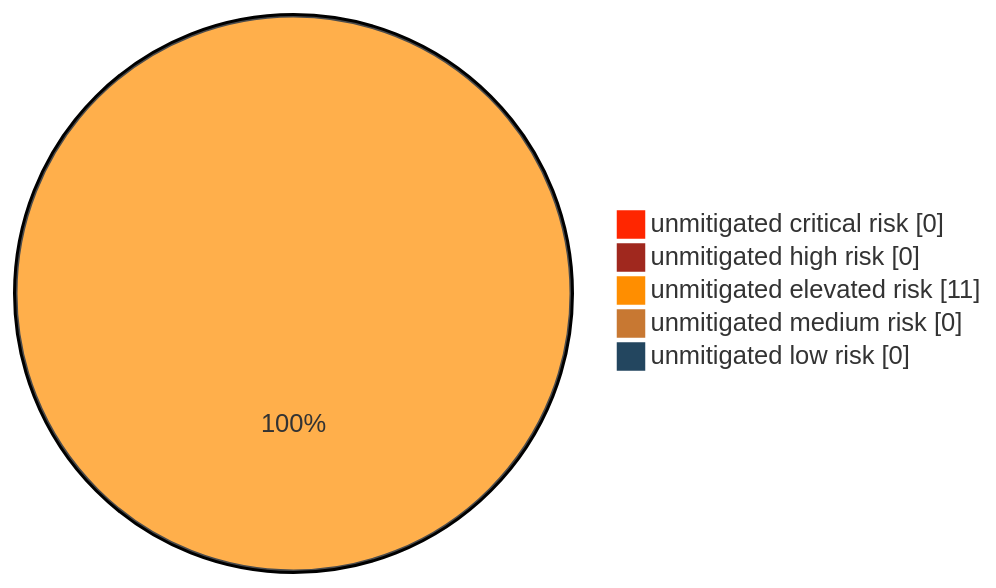
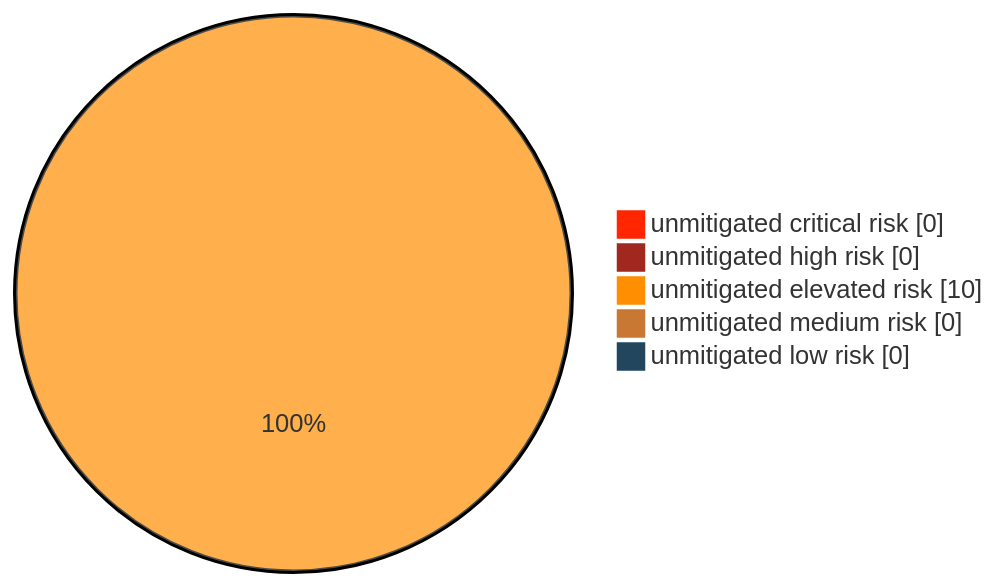
One commit to Luv1881/Threat-model changed the first of 2 diagrams in threagile/output/vast/adocReport/030_RiskMitigationStatus.adoc. Above: the diagram before and after it, drawn with Mermaid. The commit also changed other lines of this file and 312 other files, not shown here.

```diff
--- a/threagile/output/vast/adocReport/030_RiskMitigationStatus.adoc
+++ b/threagile/output/vast/adocReport/030_RiskMitigationStatus.adoc
@@ -75,10 +75,10 @@
 [mermaid]
 ....
 %%{init: {'pie' : {'textPosition' : 0.5}, 'theme': 'base', 'themeVariables': { 'pie1': '#FF2600', 'pie2': '#A0281E', 'pie3': '#FF8E00', 'pie4': '#C87832', 'pie5': '#23465F'}}}%%
 pie showData
   "unmitigated critical risk" : 0
   "unmitigated high risk" : 0
-  "unmitigated elevated risk" : 11
+  "unmitigated elevated risk" : 10
   "unmitigated medium risk" : 0
   "unmitigated low risk" : 0
 ....
```
